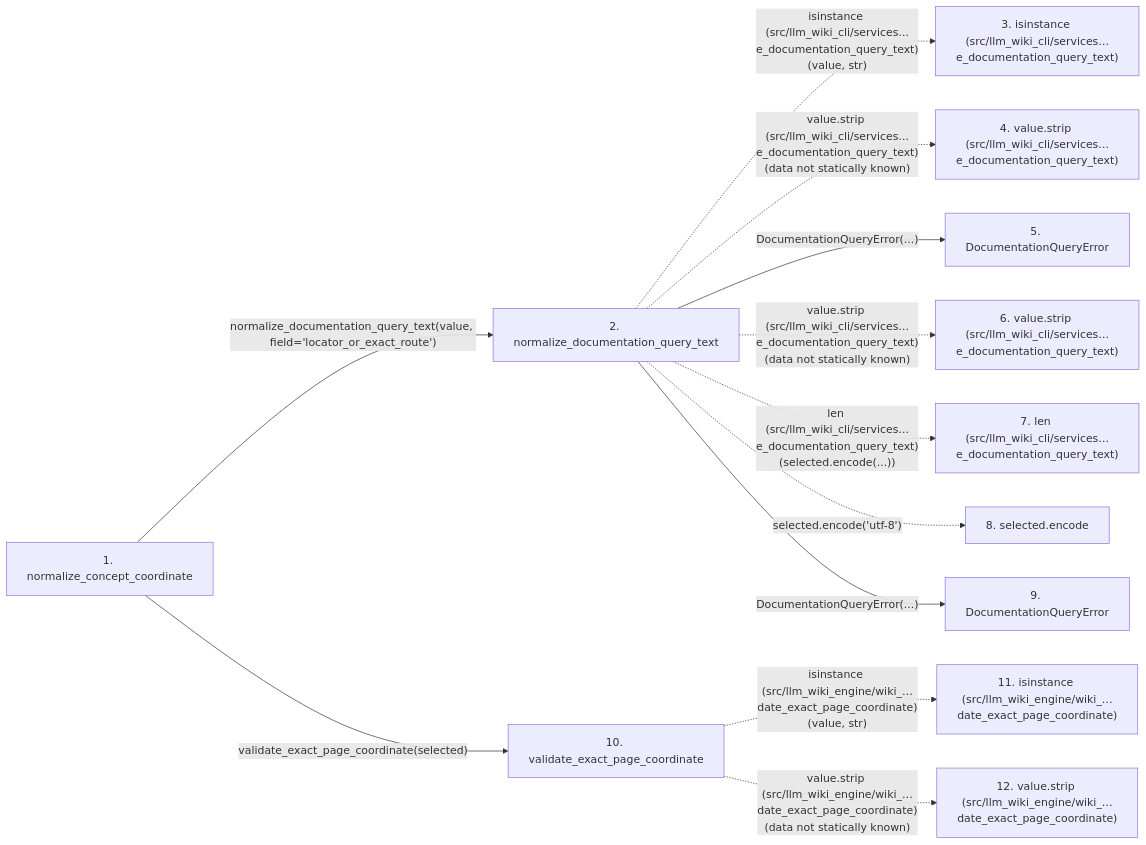
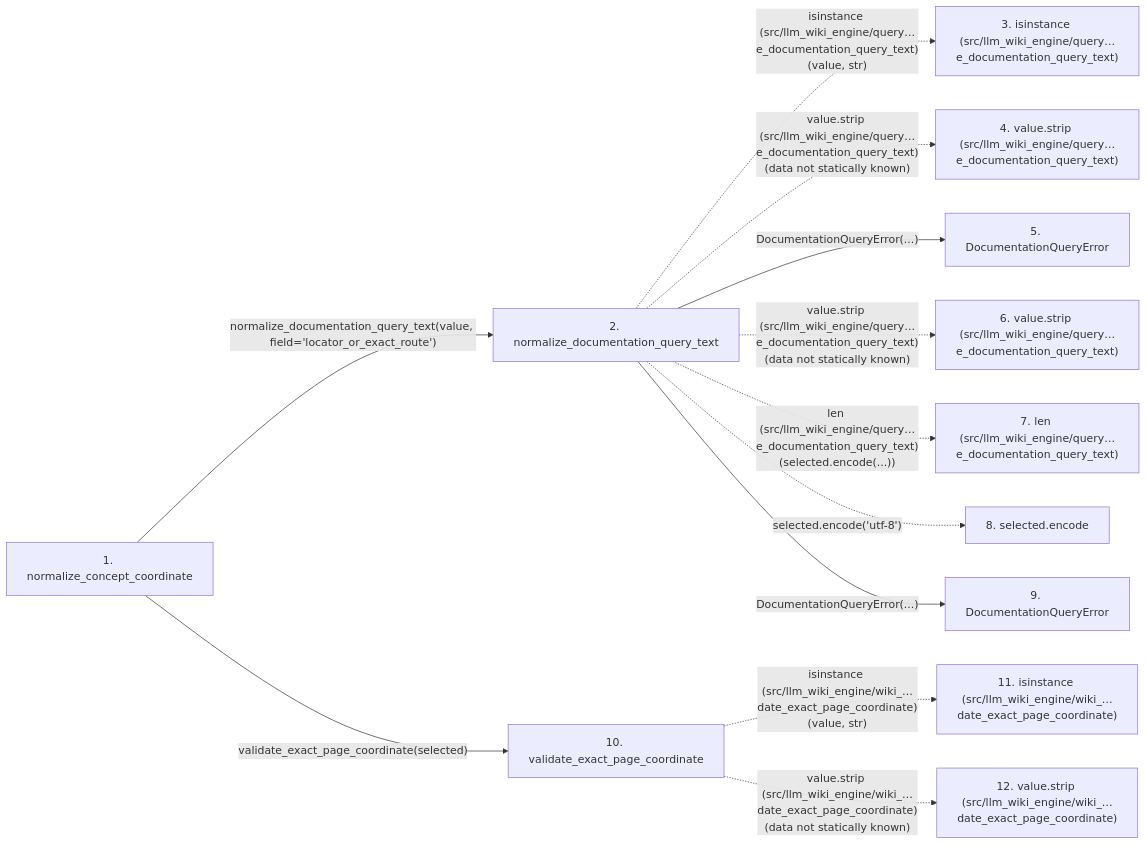
Before and after one commit to Denissvgn/python-wiki-llm: the second of 2 diagrams in docs/llm_wiki/flows/api-normalize_concept_coordinate.md, drawn with Mermaid. The commit also changed other lines of this file and 648 other files, not shown here.

Commit message:
docs: refresh the wiki for the engine task contract and search

````diff
--- a/docs/llm_wiki/flows/api-normalize_concept_coordinate.md
+++ b/docs/llm_wiki/flows/api-normalize_concept_coordinate.md
@@ -124,31 +124,31 @@
 ```mermaid
 flowchart LR
     s1["1. normalize_concept_coordinate"]
     s2["2. normalize_documentation_query_text"]
-    s3["3. isinstance (src/llm_wiki_cli/services…e_documentation_query_text)"]
-    s4["4. value.strip (src/llm_wiki_cli/services…e_documentation_query_text)"]
+    s3["3. isinstance (src/llm_wiki_engine/query…e_documentation_query_text)"]
+    s4["4. value.strip (src/llm_wiki_engine/query…e_documentation_query_text)"]
     s5["5. DocumentationQueryError"]
-    s6["6. value.strip (src/llm_wiki_cli/services…e_documentation_query_text)"]
-    s7["7. len (src/llm_wiki_cli/services…e_documentation_query_text)"]
+    s6["6. value.strip (src/llm_wiki_engine/query…e_documentation_query_text)"]
+    s7["7. len (src/llm_wiki_engine/query…e_documentation_query_text)"]
     s8["8. selected.encode"]
     s9["9. DocumentationQueryError"]
     s10["10. validate_exact_page_coordinate"]
     s11["11. isinstance (src/llm_wiki_engine/wiki_…date_exact_page_coordinate)"]
     s12["12. value.strip (src/llm_wiki_engine/wiki_…date_exact_page_coordinate)"]
     s1 -->|"normalize_documentation_query_text(value, field='locator_or_exact_route')"| s2
-    s2 -. "isinstance (src/llm_wiki_cli/services…e_documentation_query_text)(value, str)" .-> s3
-    s2 -. "value.strip (src/llm_wiki_cli/services…e_documentation_query_text)(data not statically known)" .-> s4
+    s2 -. "isinstance (src/llm_wiki_engine/query…e_documentation_query_text)(value, str)" .-> s3
+    s2 -. "value.strip (src/llm_wiki_engine/query…e_documentation_query_text)(data not statically known)" .-> s4
     s2 -->|"DocumentationQueryError(...)"| s5
-    s2 -. "value.strip (src/llm_wiki_cli/services…e_documentation_query_text)(data not statically known)" .-> s6
-    s2 -. "len (src/llm_wiki_cli/services…e_documentation_query_text)(selected.encode(...))" .-> s7
+    s2 -. "value.strip (src/llm_wiki_engine/query…e_documentation_query_text)(data not statically known)" .-> s6
+    s2 -. "len (src/llm_wiki_engine/query…e_documentation_query_text)(selected.encode(...))" .-> s7
     s2 -. "selected.encode('utf-8')" .-> s8
     s2 -->|"DocumentationQueryError(...)"| s9
     s1 -->|"validate_exact_page_coordinate(selected)"| s10
     s10 -. "isinstance (src/llm_wiki_engine/wiki_…date_exact_page_coordinate)(value, str)" .-> s11
     s10 -. "value.strip (src/llm_wiki_engine/wiki_…date_exact_page_coordinate)(data not statically known)" .-> s12
-    click s1 "../modules/documentation_query_builder.md"
-    click s2 "../modules/documentation_query_builder.md"
-    click s5 "../modules/documentation_queries.md"
-    click s9 "../modules/documentation_queries.md"
+    click s1 "../modules/query_request_format.md"
+    click s2 "../modules/query_request_format.md"
+    click s5 "../modules/query_request_format.md"
+    click s9 "../modules/query_request_format.md"
     click s10 "../modules/wiki_surface.md"
 ```
````
